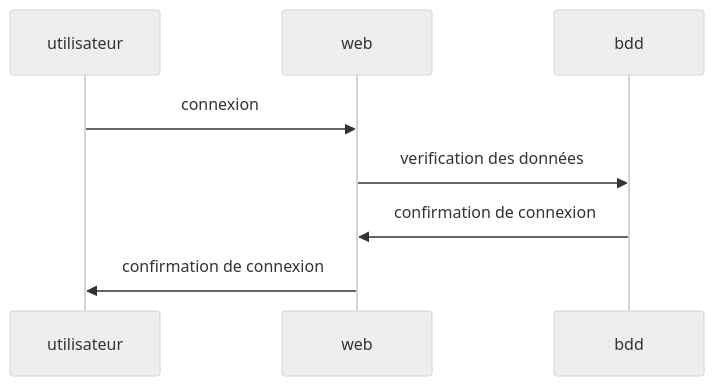
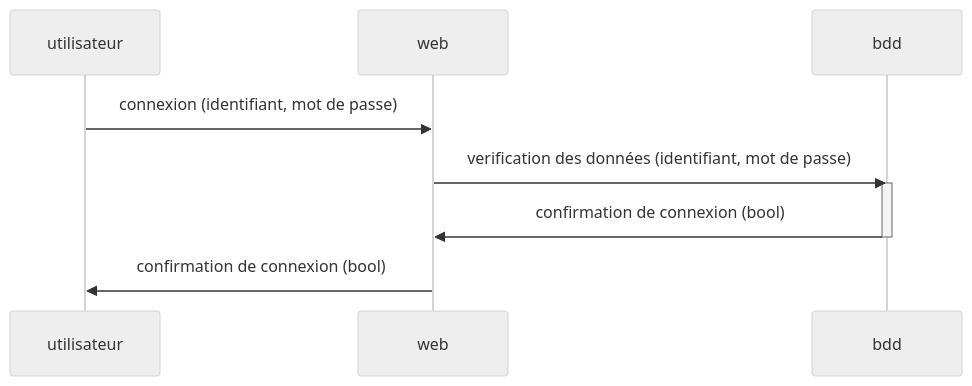
Before and after one commit to Mhivelin/BIBYdex: the third of 5 diagrams in README.md, drawn with Mermaid (neutral theme). The commit also changed other lines of this file and 5 other files, not shown here.

````diff
--- a/README.md
+++ b/README.md
@@ -82,8 +84,10 @@
 ```mermaid
 sequenceDiagram
 
-utilisateur->>web:connexion
-web->>bdd:verification des données
-bdd->>web:confirmation de connexion
-web->>utilisateur:confirmation de connexion
+utilisateur->>web:connexion (identifiant, mot de passe)
+web->>bdd:verification des données (identifiant, mot de passe)
+activate bdd
+bdd->>web:confirmation de connexion (bool)
+deactivate bdd
+web->>utilisateur:confirmation de connexion (bool)
 ```
````
